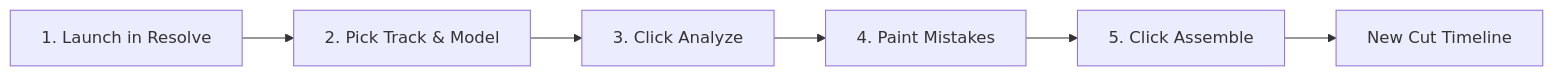
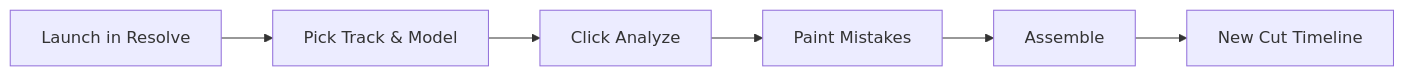
One commit to maresoftik/BadWords changed the first of 3 diagrams in docs/USER_GUIDE.md. Above: the diagram before and after it, drawn with Mermaid. The commit also changed other lines of this file, not shown here.

````diff
--- a/docs/USER_GUIDE.md
+++ b/docs/USER_GUIDE.md
@@ -71,8 +70,8 @@
 ```mermaid
 flowchart LR
-    A["1. Launch in Resolve"] --> B["2. Pick Track & Model"]
-    B --> C["3. Click Analyze"]
-    C --> D["4. Paint Mistakes"]
-    D --> E["5. Click Assemble"]
+    A["Launch in Resolve"] --> B["Pick Track & Model"]
+    B --> C["Click Analyze"]
+    C --> D["Paint Mistakes"]
+    D --> E["Assemble"]
     E --> F["New Cut Timeline"]
 ```
````
